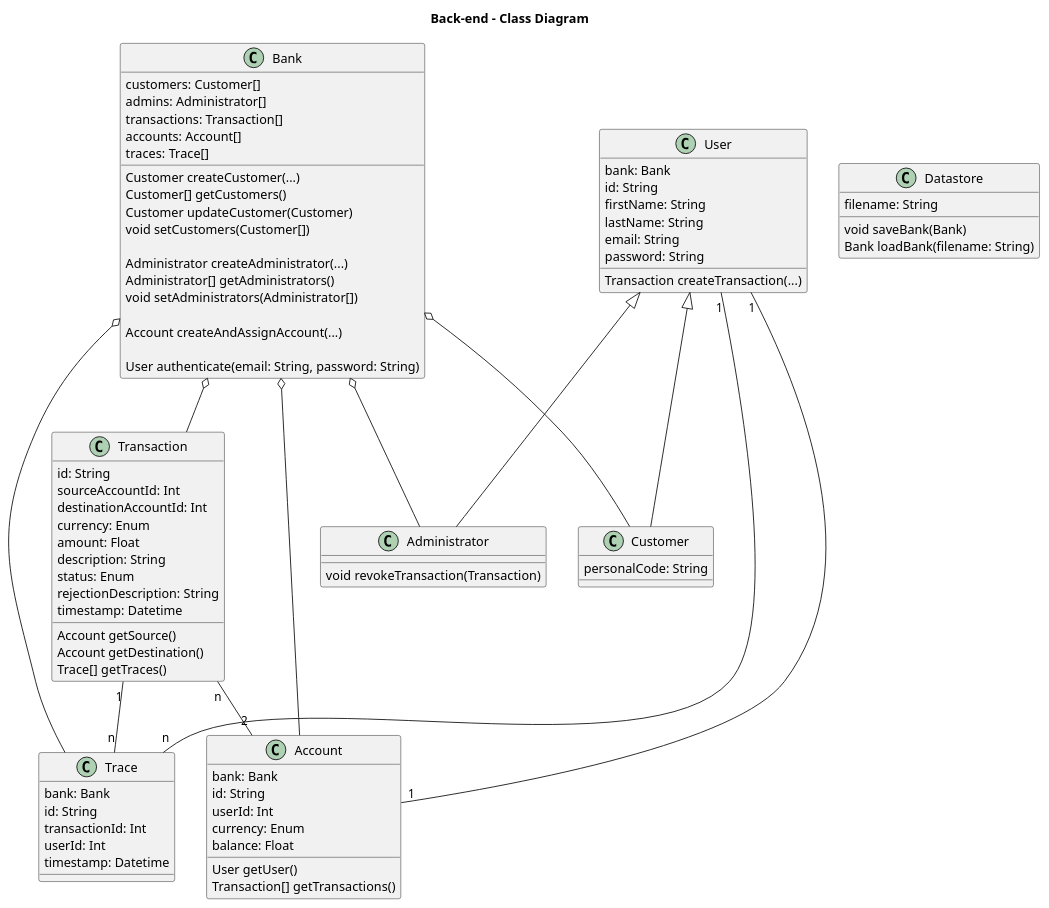
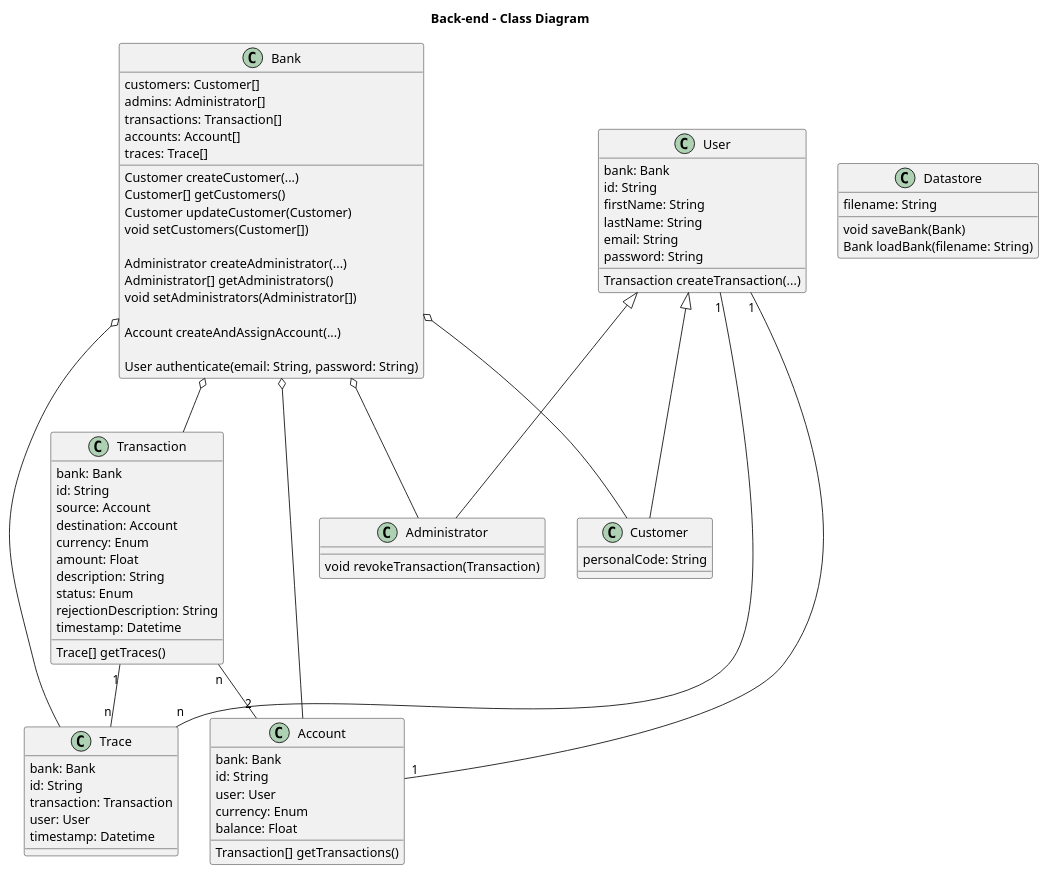
Before and after one commit to Sysmod-2021/bankappbackend: the diagram in docs/classes/backend-classes.plantuml, drawn with PlantUML. The commit also changed 1 other file, not shown here.

Commit message:
#24: Class diagram updated

```diff
--- a/docs/classes/backend-classes.plantuml
+++ b/docs/classes/backend-classes.plantuml
@@ -1,99 +1,97 @@
 @startuml
 
 title Back-end - Class Diagram
 
 class Bank {
     customers: Customer[]
     admins: Administrator[]
     transactions: Transaction[]
     accounts: Account[]
     traces: Trace[]
     
     Customer createCustomer(...)
     Customer[] getCustomers()
     Customer updateCustomer(Customer)
     void setCustomers(Customer[])
     
     Administrator createAdministrator(...)
     Administrator[] getAdministrators()
     void setAdministrators(Administrator[])
     
     Account createAndAssignAccount(...)
     
     User authenticate(email: String, password: String)
 }
 
 class User {
     bank: Bank
     id: String
     firstName: String
     lastName: String
     email: String
     password: String
     
     Transaction createTransaction(...)
 }
 
 class Customer {
     personalCode: String
 }
 
 class Administrator {
     void revokeTransaction(Transaction)
 }
 
 class Account {
     bank: Bank
     id: String
-    userId: Int
+    user: User
     currency: Enum
     balance: Float
 
-    User getUser()
     Transaction[] getTransactions()
 }
 
 class Transaction {
+    bank: Bank
     id: String
-    sourceAccountId: Int
-    destinationAccountId: Int
+    source: Account
+    destination: Account
     currency: Enum
     amount: Float
     description: String
     status: Enum
     rejectionDescription: String
     timestamp: Datetime
 
-    Account getSource()
-    Account getDestination()
     Trace[] getTraces()
 }
 
 class Trace {
     bank: Bank
     id: String
-    transactionId: Int
-    userId: Int
+    transaction: Transaction
+    user: User
     timestamp: Datetime
 }
 
 class Datastore {
     filename: String
 
     void saveBank(Bank)
     Bank loadBank(filename: String)
 }
 
 Bank o-- Customer
 Bank o-- Administrator
 Bank o-- Transaction
 Bank o-- Account
 Bank o-- Trace
 User <|-- Customer
 User <|-- Administrator
 User "1" -- "1" Account
 Transaction "n" -- "2" Account
 Transaction "1" -- "n" Trace
 User "1" -- "n" Trace
 
 @enduml
```
